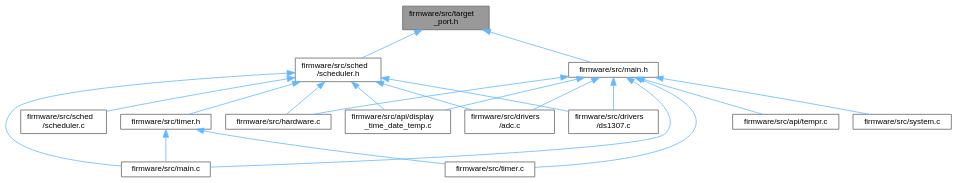
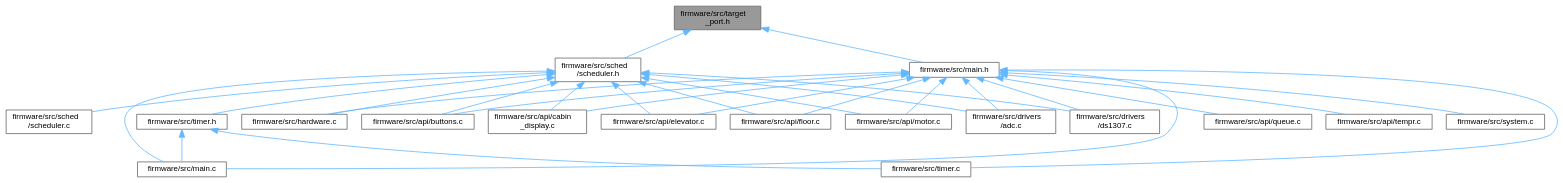
The diagram in target__port_8h__dep__incl.dot (Ghaadyy/elevator-controller), drawn with Graphviz before and after one commit. The commit also changed 651 other files, not shown here.

```diff
--- a/target__port_8h__dep__incl.dot
+++ b/target__port_8h__dep__incl.dot
@@ -1,39 +1,53 @@
 digraph "firmware/src/target_port.h"
 {
  // LATEX_PDF_SIZE
   bgcolor="transparent";
   edge [fontname=Helvetica,fontsize=10,labelfontname=Helvetica,labelfontsize=10];
   node [fontname=Helvetica,fontsize=10,shape=box,height=0.2,width=0.4];
   Node1 [id="Node000001",label="firmware/src/target\l_port.h",height=0.2,width=0.4,color="gray40", fillcolor="grey60", style="filled", fontcolor="black",tooltip=" "];
   Node1 -> Node2 [id="edge1_Node000001_Node000002",dir="back",color="steelblue1",style="solid",tooltip=" "];
   Node2 [id="Node000002",label="firmware/src/main.h",height=0.2,width=0.4,color="grey40", fillcolor="white", style="filled",URL="$main_8h.html",tooltip=" "];
   Node2 -> Node3 [id="edge2_Node000002_Node000003",dir="back",color="steelblue1",style="solid",tooltip=" "];
-  Node3 [id="Node000003",label="firmware/src/api/display\l_time_date_temp.c",height=0.2,width=0.4,color="grey40", fillcolor="white", style="filled",URL="$display__time__date__temp_8c.html",tooltip=" "];
+  Node3 [id="Node000003",label="firmware/src/api/buttons.c",height=0.2,width=0.4,color="grey40", fillcolor="white", style="filled",URL="$buttons_8c.html",tooltip=" "];
   Node2 -> Node4 [id="edge3_Node000002_Node000004",dir="back",color="steelblue1",style="solid",tooltip=" "];
-  Node4 [id="Node000004",label="firmware/src/api/tempr.c",height=0.2,width=0.4,color="grey40", fillcolor="white", style="filled",URL="$tempr_8c.html",tooltip=" "];
+  Node4 [id="Node000004",label="firmware/src/api/cabin\l_display.c",height=0.2,width=0.4,color="grey40", fillcolor="white", style="filled",URL="$cabin__display_8c.html",tooltip=" "];
   Node2 -> Node5 [id="edge4_Node000002_Node000005",dir="back",color="steelblue1",style="solid",tooltip=" "];
-  Node5 [id="Node000005",label="firmware/src/drivers\l/adc.c",height=0.2,width=0.4,color="grey40", fillcolor="white", style="filled",URL="$adc_8c.html",tooltip=" "];
+  Node5 [id="Node000005",label="firmware/src/api/elevator.c",height=0.2,width=0.4,color="grey40", fillcolor="white", style="filled",URL="$elevator_8c.html",tooltip="The scheduler for the elevator."];
   Node2 -> Node6 [id="edge5_Node000002_Node000006",dir="back",color="steelblue1",style="solid",tooltip=" "];
-  Node6 [id="Node000006",label="firmware/src/drivers\l/ds1307.c",height=0.2,width=0.4,color="grey40", fillcolor="white", style="filled",URL="$ds1307_8c.html",tooltip=" "];
+  Node6 [id="Node000006",label="firmware/src/api/floor.c",height=0.2,width=0.4,color="grey40", fillcolor="white", style="filled",URL="$floor_8c.html",tooltip="Implementation of the floor monitor API."];
   Node2 -> Node7 [id="edge6_Node000002_Node000007",dir="back",color="steelblue1",style="solid",tooltip=" "];
-  Node7 [id="Node000007",label="firmware/src/hardware.c",height=0.2,width=0.4,color="grey40", fillcolor="white", style="filled",URL="$hardware_8c.html",tooltip=" "];
+  Node7 [id="Node000007",label="firmware/src/api/motor.c",height=0.2,width=0.4,color="grey40", fillcolor="white", style="filled",URL="$motor_8c.html",tooltip=" "];
   Node2 -> Node8 [id="edge7_Node000002_Node000008",dir="back",color="steelblue1",style="solid",tooltip=" "];
-  Node8 [id="Node000008",label="firmware/src/main.c",height=0.2,width=0.4,color="grey40", fillcolor="white", style="filled",URL="$main_8c.html",tooltip=" "];
+  Node8 [id="Node000008",label="firmware/src/api/queue.c",height=0.2,width=0.4,color="grey40", fillcolor="white", style="filled",URL="$queue_8c.html",tooltip=" "];
   Node2 -> Node9 [id="edge8_Node000002_Node000009",dir="back",color="steelblue1",style="solid",tooltip=" "];
-  Node9 [id="Node000009",label="firmware/src/system.c",height=0.2,width=0.4,color="grey40", fillcolor="white", style="filled",URL="$system_8c.html",tooltip=" "];
+  Node9 [id="Node000009",label="firmware/src/api/tempr.c",height=0.2,width=0.4,color="grey40", fillcolor="white", style="filled",URL="$tempr_8c.html",tooltip=" "];
   Node2 -> Node10 [id="edge9_Node000002_Node000010",dir="back",color="steelblue1",style="solid",tooltip=" "];
-  Node10 [id="Node000010",label="firmware/src/timer.c",height=0.2,width=0.4,color="grey40", fillcolor="white", style="filled",URL="$timer_8c.html",tooltip=" "];
-  Node1 -> Node11 [id="edge10_Node000001_Node000011",dir="back",color="steelblue1",style="solid",tooltip=" "];
-  Node11 [id="Node000011",label="firmware/src/sched\l/scheduler.h",height=0.2,width=0.4,color="grey40", fillcolor="white", style="filled",URL="$scheduler_8h.html",tooltip=" "];
-  Node11 -> Node3 [id="edge11_Node000011_Node000003",dir="back",color="steelblue1",style="solid",tooltip=" "];
-  Node11 -> Node5 [id="edge12_Node000011_Node000005",dir="back",color="steelblue1",style="solid",tooltip=" "];
-  Node11 -> Node6 [id="edge13_Node000011_Node000006",dir="back",color="steelblue1",style="solid",tooltip=" "];
-  Node11 -> Node7 [id="edge14_Node000011_Node000007",dir="back",color="steelblue1",style="solid",tooltip=" "];
-  Node11 -> Node8 [id="edge15_Node000011_Node000008",dir="back",color="steelblue1",style="solid",tooltip=" "];
-  Node11 -> Node12 [id="edge16_Node000011_Node000012",dir="back",color="steelblue1",style="solid",tooltip=" "];
-  Node12 [id="Node000012",label="firmware/src/sched\l/scheduler.c",height=0.2,width=0.4,color="grey40", fillcolor="white", style="filled",URL="$scheduler_8c.html",tooltip="Co-operative scheduler."];
-  Node11 -> Node13 [id="edge17_Node000011_Node000013",dir="back",color="steelblue1",style="solid",tooltip=" "];
-  Node13 [id="Node000013",label="firmware/src/timer.h",height=0.2,width=0.4,color="grey40", fillcolor="white", style="filled",URL="$timer_8h.html",tooltip=" "];
-  Node13 -> Node8 [id="edge18_Node000013_Node000008",dir="back",color="steelblue1",style="solid",tooltip=" "];
-  Node13 -> Node10 [id="edge19_Node000013_Node000010",dir="back",color="steelblue1",style="solid",tooltip=" "];
+  Node10 [id="Node000010",label="firmware/src/drivers\l/adc.c",height=0.2,width=0.4,color="grey40", fillcolor="white", style="filled",URL="$adc_8c.html",tooltip=" "];
+  Node2 -> Node11 [id="edge10_Node000002_Node000011",dir="back",color="steelblue1",style="solid",tooltip=" "];
+  Node11 [id="Node000011",label="firmware/src/drivers\l/ds1307.c",height=0.2,width=0.4,color="grey40", fillcolor="white", style="filled",URL="$ds1307_8c.html",tooltip=" "];
+  Node2 -> Node12 [id="edge11_Node000002_Node000012",dir="back",color="steelblue1",style="solid",tooltip=" "];
+  Node12 [id="Node000012",label="firmware/src/hardware.c",height=0.2,width=0.4,color="grey40", fillcolor="white", style="filled",URL="$hardware_8c.html",tooltip=" "];
+  Node2 -> Node13 [id="edge12_Node000002_Node000013",dir="back",color="steelblue1",style="solid",tooltip=" "];
+  Node13 [id="Node000013",label="firmware/src/main.c",height=0.2,width=0.4,color="grey40", fillcolor="white", style="filled",URL="$main_8c.html",tooltip=" "];
+  Node2 -> Node14 [id="edge13_Node000002_Node000014",dir="back",color="steelblue1",style="solid",tooltip=" "];
+  Node14 [id="Node000014",label="firmware/src/system.c",height=0.2,width=0.4,color="grey40", fillcolor="white", style="filled",URL="$system_8c.html",tooltip=" "];
+  Node2 -> Node15 [id="edge14_Node000002_Node000015",dir="back",color="steelblue1",style="solid",tooltip=" "];
+  Node15 [id="Node000015",label="firmware/src/timer.c",height=0.2,width=0.4,color="grey40", fillcolor="white", style="filled",URL="$timer_8c.html",tooltip=" "];
+  Node1 -> Node16 [id="edge15_Node000001_Node000016",dir="back",color="steelblue1",style="solid",tooltip=" "];
+  Node16 [id="Node000016",label="firmware/src/sched\l/scheduler.h",height=0.2,width=0.4,color="grey40", fillcolor="white", style="filled",URL="$scheduler_8h.html",tooltip=" "];
+  Node16 -> Node3 [id="edge16_Node000016_Node000003",dir="back",color="steelblue1",style="solid",tooltip=" "];
+  Node16 -> Node4 [id="edge17_Node000016_Node000004",dir="back",color="steelblue1",style="solid",tooltip=" "];
+  Node16 -> Node5 [id="edge18_Node000016_Node000005",dir="back",color="steelblue1",style="solid",tooltip=" "];
+  Node16 -> Node6 [id="edge19_Node000016_Node000006",dir="back",color="steelblue1",style="solid",tooltip=" "];
+  Node16 -> Node7 [id="edge20_Node000016_Node000007",dir="back",color="steelblue1",style="solid",tooltip=" "];
+  Node16 -> Node10 [id="edge21_Node000016_Node000010",dir="back",color="steelblue1",style="solid",tooltip=" "];
+  Node16 -> Node11 [id="edge22_Node000016_Node000011",dir="back",color="steelblue1",style="solid",tooltip=" "];
+  Node16 -> Node12 [id="edge23_Node000016_Node000012",dir="back",color="steelblue1",style="solid",tooltip=" "];
+  Node16 -> Node13 [id="edge24_Node000016_Node000013",dir="back",color="steelblue1",style="solid",tooltip=" "];
+  Node16 -> Node17 [id="edge25_Node000016_Node000017",dir="back",color="steelblue1",style="solid",tooltip=" "];
+  Node17 [id="Node000017",label="firmware/src/sched\l/scheduler.c",height=0.2,width=0.4,color="grey40", fillcolor="white", style="filled",URL="$scheduler_8c.html",tooltip="Co-operative scheduler."];
+  Node16 -> Node18 [id="edge26_Node000016_Node000018",dir="back",color="steelblue1",style="solid",tooltip=" "];
+  Node18 [id="Node000018",label="firmware/src/timer.h",height=0.2,width=0.4,color="grey40", fillcolor="white", style="filled",URL="$timer_8h.html",tooltip=" "];
+  Node18 -> Node13 [id="edge27_Node000018_Node000013",dir="back",color="steelblue1",style="solid",tooltip=" "];
+  Node18 -> Node15 [id="edge28_Node000018_Node000015",dir="back",color="steelblue1",style="solid",tooltip=" "];
 }
```
